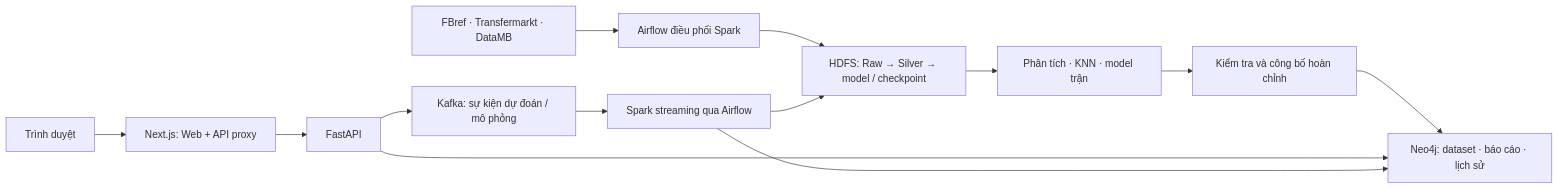
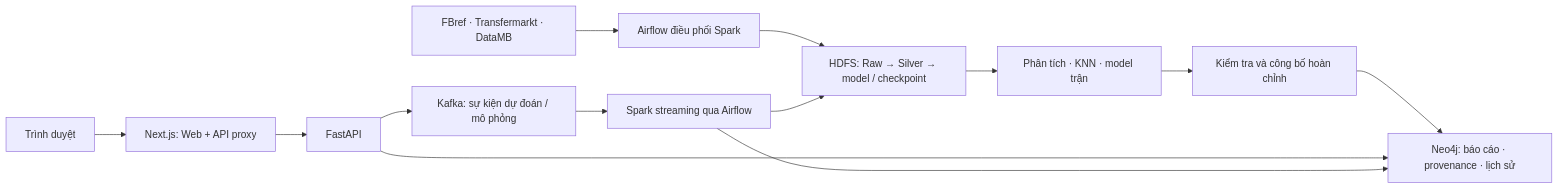
The diagram in README.md (DuyLinh0212/Premier-League-Analyst-22-25), drawn with Mermaid before and after one commit. The commit also changed other lines of this file and 9 other files, not shown here.

Commit message:
Keep source data in lakehouse and publish reports to Neo4j

````diff
--- a/README.md
+++ b/README.md
@@ -7,15 +7,15 @@
 ```mermaid
 flowchart LR
     Sources["FBref · Transfermarkt · DataMB"] --> Pipeline["Airflow điều phối Spark"]
     Pipeline --> Lake["HDFS: Raw → Silver → model / checkpoint"]
     Lake --> Analysis["Phân tích · KNN · model trận"]
     Analysis --> Publish["Kiểm tra và công bố hoàn chỉnh"]
-    Publish --> DB["Neo4j: dataset · báo cáo · lịch sử"]
+    Publish --> DB["Neo4j: báo cáo · provenance · lịch sử"]
     Browser["Trình duyệt"] --> Web["Next.js: Web + API proxy"]
     Web --> API["FastAPI"]
     API --> DB
     API --> Kafka["Kafka: sự kiện dự đoán / mô phỏng"]
     Kafka --> Stream["Spark streaming qua Airflow"]
     Stream --> Lake
     Stream --> DB
 ```
````
